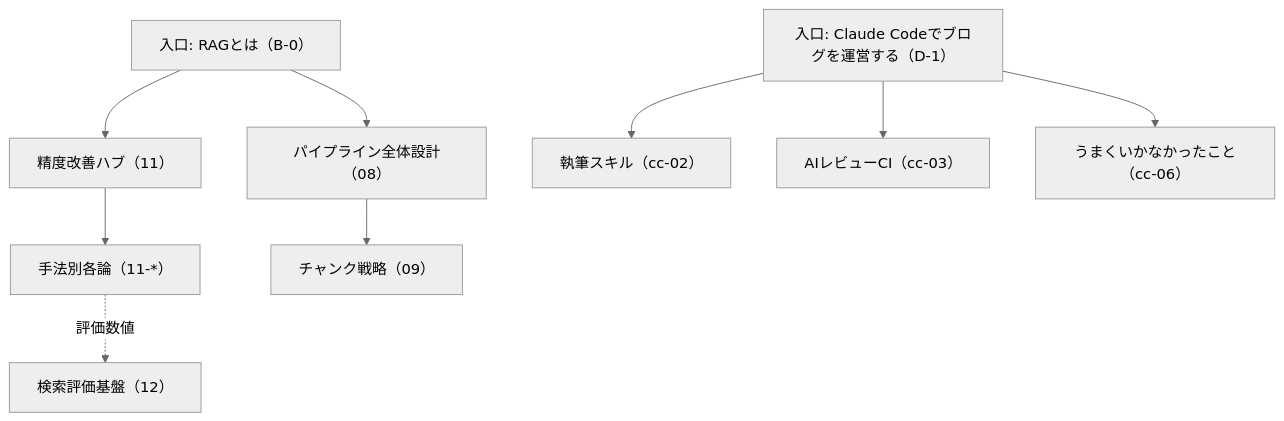
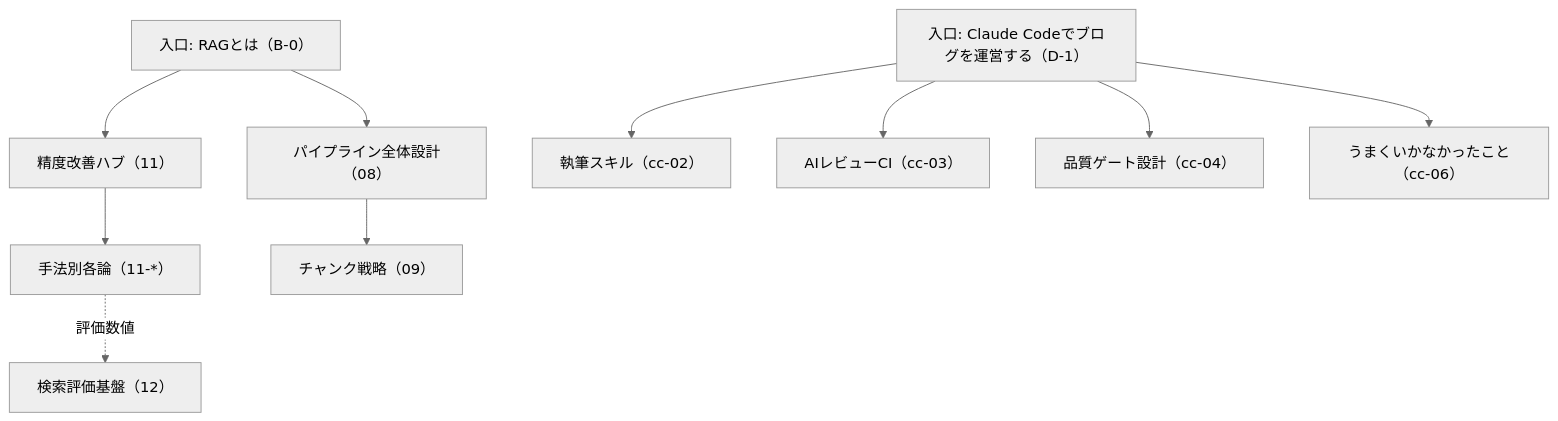
One commit to Kaaaaazuya/dev-blog changed the diagram in docs/blog-strategy.md. Above: the diagram before and after it, drawn with Mermaid (neutral theme). The commit also changed 2 other files, not shown here.

Commit message:
docs: レビュー指摘を反映（D-4導線追加・ワークフローファイル明記・slug例外規則）
Claude-Session: https://claude.ai/code/session_01AxsEzGHo4rMSjH6997RGtX

````diff
--- a/docs/blog-strategy.md
+++ b/docs/blog-strategy.md
@@ -45,11 +45,12 @@
 ```mermaid
 flowchart TD
     HUB1["入口: RAGとは（B-0）"] --> B1["パイプライン全体設計（08）"]
     HUB1 --> B4["精度改善ハブ（11）"]
     B4 --> B4x["手法別各論（11-*）"]
     B1 --> B2["チャンク戦略（09）"]
     HUB2["入口: Claude Codeでブログを運営する（D-1）"] --> D2["執筆スキル（cc-02）"]
     HUB2 --> D3["AIレビューCI（cc-03）"]
+    HUB2 --> D4["品質ゲート設計（cc-04）"]
     HUB2 --> D6["うまくいかなかったこと（cc-06）"]
     B4x -.->|"評価数値"| B5["検索評価基盤（12）"]
 ```
````
